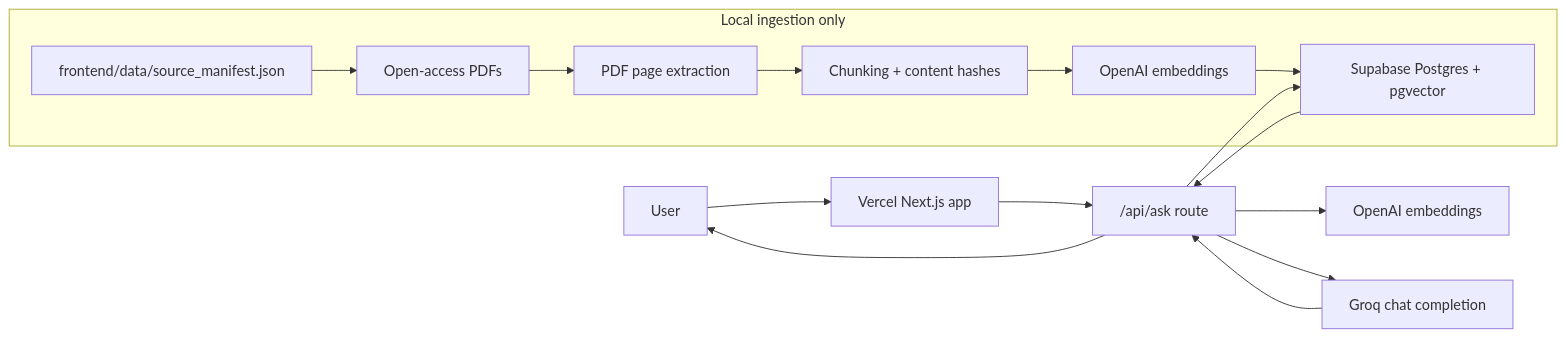
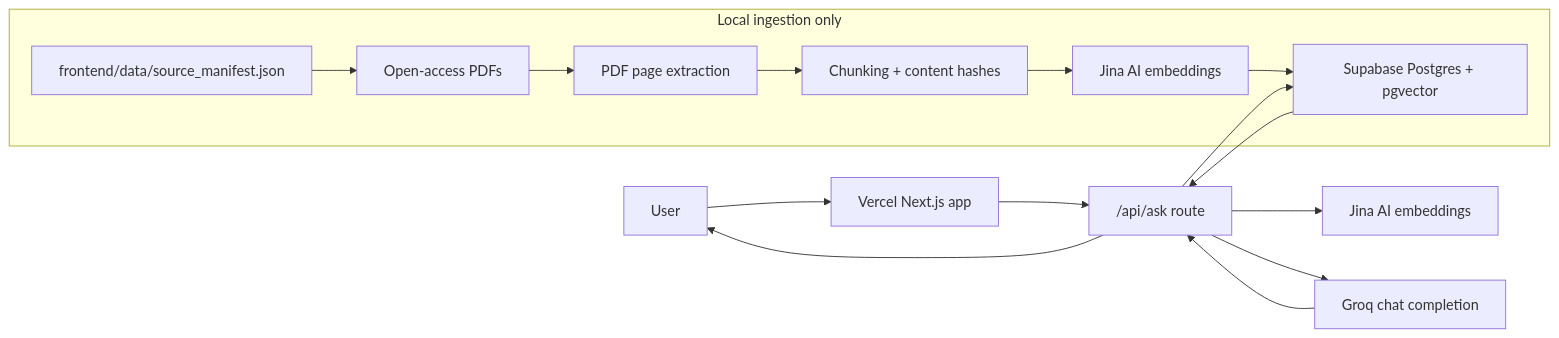
One commit to Shreevikas-BJ/ml-course-document-rag changed the diagram in README.md. Above: the diagram before and after it, drawn with Mermaid. The commit also changed other lines of this file and 7 other files, not shown here.

Commit message:
Switch embeddings from OpenAI to Jina AI

````diff
--- a/README.md
+++ b/README.md
@@ -9,19 +9,19 @@
 ```mermaid
 flowchart LR
   User["User"] --> Vercel["Vercel Next.js app"]
   Vercel --> Route["/api/ask route"]
-  Route --> OpenAI["OpenAI embeddings"]
+  Route --> Jina["Jina AI embeddings"]
   Route --> Supabase["Supabase Postgres + pgvector"]
   Supabase --> Route
   Route --> Groq["Groq chat completion"]
   Groq --> Route
   Route --> User
 
   subgraph Local["Local ingestion only"]
     Manifest["frontend/data/source_manifest.json"] --> PDFs["Open-access PDFs"]
     PDFs --> Extract["PDF page extraction"]
     Extract --> Chunks["Chunking + content hashes"]
-    Chunks --> IngestEmbeddings["OpenAI embeddings"]
+    Chunks --> IngestEmbeddings["Jina AI embeddings"]
     IngestEmbeddings --> Supabase
   end
 ```
````
